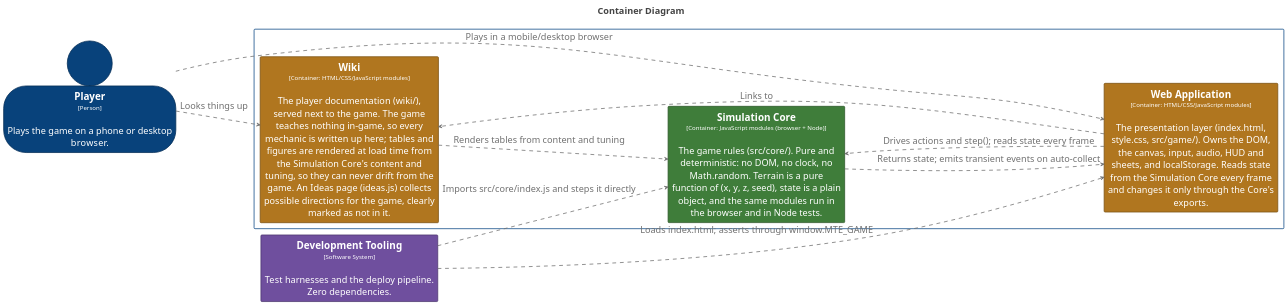
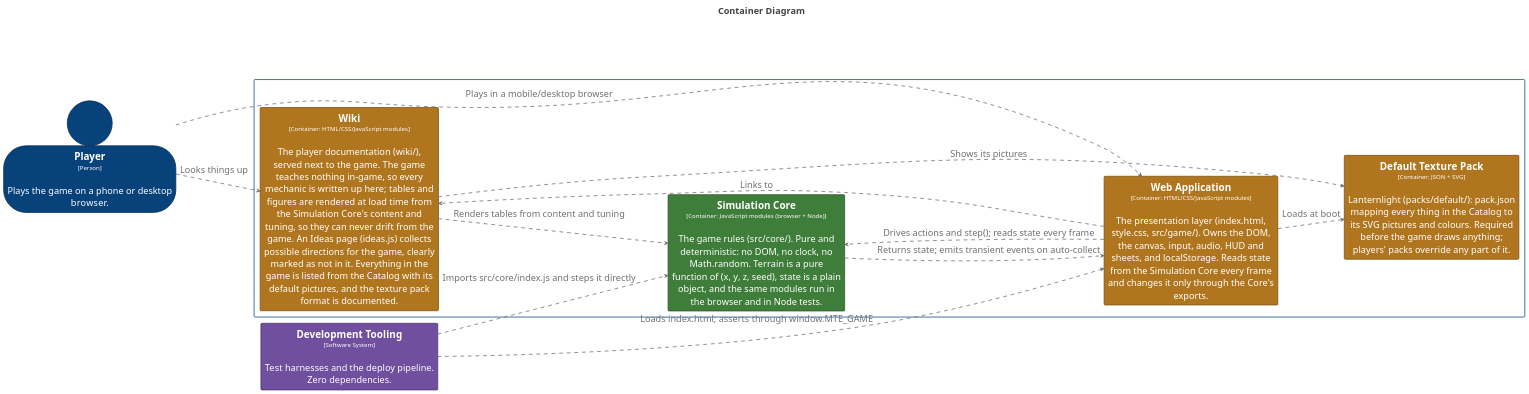
The diagram in structurizr/diagrams/Containers.puml (bitkojine/more-than-enough), drawn with PlantUML before and after one commit. The commit also changed 138 other files, not shown here.

First line of the commit message:
v0.24.0: texture packs, and Lanternlight, a hand-drawn default pack

```diff
--- a/structurizr/diagrams/Containers.puml
+++ b/structurizr/diagrams/Containers.puml
@@ -2,103 +2,106 @@
 @startuml
 title <size:24>Container Diagram</size>
 
 set separator none
 left to right direction
 skinparam ranksep 20
 skinparam nodesep 5
 hide stereotype
 
 <style>
   root {
     BackgroundColor: #ffffff;
     FontColor: #444444;
   }
   // Element,Container,Core Engine
   .Element-RWxlbWVudCxDb250YWluZXIsQ29yZSBFbmdpbmU= {
     BackgroundColor: #3f7d3a;
     LineColor: #2c5728;
     LineStyle: 0;
     LineThickness: 2;
     FontColor: #ffffff;
     FontSize: 24;
     HorizontalAlignment: center;
     Shadowing: 0;
     MaximumWidth: 450;
   }
   // Element,Container,Presentation
   .Element-RWxlbWVudCxDb250YWluZXIsUHJlc2VudGF0aW9u {
     BackgroundColor: #b0761f;
     LineColor: #7b5215;
     LineStyle: 0;
     LineThickness: 2;
     FontColor: #ffffff;
     FontSize: 24;
     HorizontalAlignment: center;
     Shadowing: 0;
     MaximumWidth: 450;
   }
   // Element,Person
   .Element-RWxlbWVudCxQZXJzb24= {
     BackgroundColor: #08427b;
     LineColor: #052e56;
     LineStyle: 0;
     LineThickness: 2;
     FontColor: #ffffff;
     FontSize: 24;
     HorizontalAlignment: center;
     Shadowing: 0;
     MaximumWidth: 450;
   }
   // Element,Software System,Tooling
   .Element-RWxlbWVudCxTb2Z0d2FyZSBTeXN0ZW0sVG9vbGluZw== {
     BackgroundColor: #6f4f9e;
     LineColor: #4d376e;
     LineStyle: 0;
     LineThickness: 2;
     FontColor: #ffffff;
     FontSize: 24;
     HorizontalAlignment: center;
     Shadowing: 0;
     MaximumWidth: 450;
   }
   // Relationship
   .Relationship-UmVsYXRpb25zaGlw {
     LineThickness: 2;
     LineStyle: 10-10;
     LineColor: #707070;
     FontColor: #707070;
     FontSize: 24;
     MaximumWidth: 200;
   }
   // MORE THAN ENOUGH
   .Boundary-TU9SRSBUSEFOIEVOT1VHSA== {
     BackgroundColor: #ffffff;
     LineColor: #0b4884;
     LineStyle: 0;
     LineThickness: 2;
     FontColor: #ffffff;
     FontSize: 24;
     HorizontalAlignment: center;
     Shadowing: 0;
   }
 </style>
 
 person "==Player\n<size:16>[Person]</size>\n\nPlays the game on a phone or desktop browser." <<Element-RWxlbWVudCxQZXJzb24=>> as Player
 rectangle "==Development Tooling\n<size:16>[Software System]</size>\n\nTest harnesses and the deploy pipeline. Zero dependencies." <<Element-RWxlbWVudCxTb2Z0d2FyZSBTeXN0ZW0sVG9vbGluZw==>> as DevelopmentTooling
 
 rectangle "MORE THAN ENOUGH\n<size:16>[Software System]</size>" <<Boundary-TU9SRSBUSEFOIEVOT1VHSA==>> {
-  rectangle "==Wiki\n<size:16>[Container: HTML/CSS/JavaScript modules]</size>\n\nThe player documentation (wiki/), served next to the game. The game teaches nothing in-game, so every mechanic is written up here; tables and figures are rendered at load time from the Simulation Core's content and tuning, so they can never drift from the game. An Ideas page (ideas.js) collects possible directions for the game, clearly marked as not in it." <<Element-RWxlbWVudCxDb250YWluZXIsUHJlc2VudGF0aW9u>> as MORETHANENOUGH.Wiki
+  rectangle "==Default Texture Pack\n<size:16>[Container: JSON + SVG]</size>\n\nLanternlight (packs/default/): pack.json mapping every thing in the Catalog to its SVG pictures and colours. Required before the game draws anything; players' packs override any part of it." <<Element-RWxlbWVudCxDb250YWluZXIsUHJlc2VudGF0aW9u>> as MORETHANENOUGH.DefaultTexturePack
+  rectangle "==Wiki\n<size:16>[Container: HTML/CSS/JavaScript modules]</size>\n\nThe player documentation (wiki/), served next to the game. The game teaches nothing in-game, so every mechanic is written up here; tables and figures are rendered at load time from the Simulation Core's content and tuning, so they can never drift from the game. An Ideas page (ideas.js) collects possible directions for the game, clearly marked as not in it. Everything in the game is listed from the Catalog with its default pictures, and the texture pack format is documented." <<Element-RWxlbWVudCxDb250YWluZXIsUHJlc2VudGF0aW9u>> as MORETHANENOUGH.Wiki
   rectangle "==Simulation Core\n<size:16>[Container: JavaScript modules (browser + Node)]</size>\n\nThe game rules (src/core/). Pure and deterministic: no DOM, no clock, no Math.random. Terrain is a pure function of (x, y, z, seed), state is a plain object, and the same modules run in the browser and in Node tests." <<Element-RWxlbWVudCxDb250YWluZXIsQ29yZSBFbmdpbmU=>> as MORETHANENOUGH.SimulationCore
   rectangle "==Web Application\n<size:16>[Container: HTML/CSS/JavaScript modules]</size>\n\nThe presentation layer (index.html, style.css, src/game/). Owns the DOM, the canvas, input, audio, HUD and sheets, and localStorage. Reads state from the Simulation Core every frame and changes it only through the Core's exports." <<Element-RWxlbWVudCxDb250YWluZXIsUHJlc2VudGF0aW9u>> as MORETHANENOUGH.WebApplication
 }
 
 Player --> MORETHANENOUGH.WebApplication <<Relationship-UmVsYXRpb25zaGlw>> : "Plays in a mobile/desktop browser"
 Player --> MORETHANENOUGH.Wiki <<Relationship-UmVsYXRpb25zaGlw>> : "Looks things up"
 MORETHANENOUGH.WebApplication --> MORETHANENOUGH.Wiki <<Relationship-UmVsYXRpb25zaGlw>> : "Links to"
 MORETHANENOUGH.Wiki --> MORETHANENOUGH.SimulationCore <<Relationship-UmVsYXRpb25zaGlw>> : "Renders tables from content and tuning"
 MORETHANENOUGH.WebApplication --> MORETHANENOUGH.SimulationCore <<Relationship-UmVsYXRpb25zaGlw>> : "Drives actions and step(); reads state every frame"
 MORETHANENOUGH.SimulationCore --> MORETHANENOUGH.WebApplication <<Relationship-UmVsYXRpb25zaGlw>> : "Returns state; emits transient events on auto-collect"
 DevelopmentTooling --> MORETHANENOUGH.SimulationCore <<Relationship-UmVsYXRpb25zaGlw>> : "Imports src/core/index.js and steps it directly"
 DevelopmentTooling --> MORETHANENOUGH.WebApplication <<Relationship-UmVsYXRpb25zaGlw>> : "Loads index.html; asserts through window.MTE_GAME"
+MORETHANENOUGH.WebApplication --> MORETHANENOUGH.DefaultTexturePack <<Relationship-UmVsYXRpb25zaGlw>> : "Loads at boot"
+MORETHANENOUGH.Wiki --> MORETHANENOUGH.DefaultTexturePack <<Relationship-UmVsYXRpb25zaGlw>> : "Shows its pictures"
 
 @enduml
```
